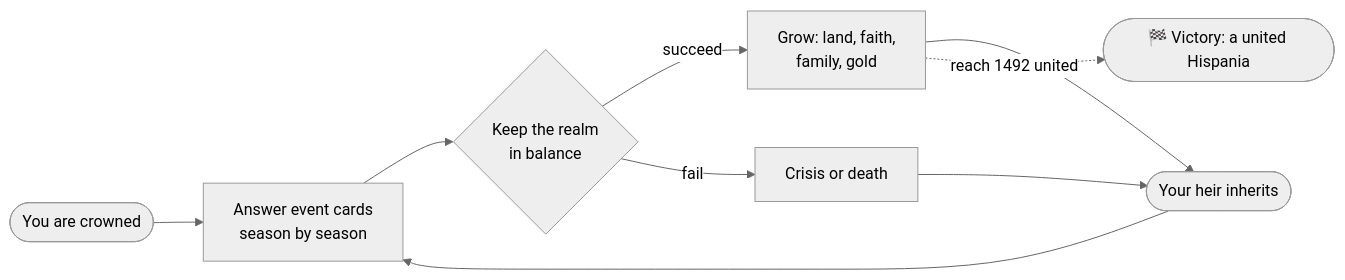
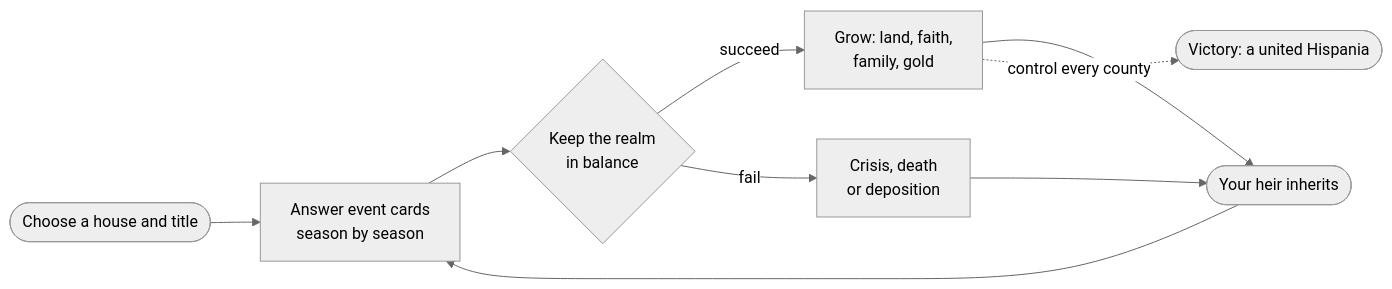
The diagram in content/index.md (kroryan/Quartz-HispaniaBeta), drawn with Mermaid (neutral theme) before and after one commit. The commit also changed other lines of this file and 35 other files, not shown here.

````diff
--- a/content/index.md
+++ b/content/index.md
@@ -84,11 +86,11 @@
 ```mermaid
 flowchart LR
-    A([You are crowned]) --> B[Answer event cards<br/>season by season]
+    A([Choose a house and title]) --> B[Answer event cards<br/>season by season]
     B --> C{Keep the realm<br/>in balance}
     C -->|succeed| D[Grow: land, faith,<br/>family, gold]
-    C -->|fail| E[Crisis or death]
+    C -->|fail| E[Crisis, death<br/>or deposition]
     D --> F([Your heir inherits])
     E --> F
     F --> B
-    D -.->|reach 1492 united| W([🏁 Victory: a united Hispania])
+    D -.->|control every county| W([Victory: a united Hispania])
 ```
````
